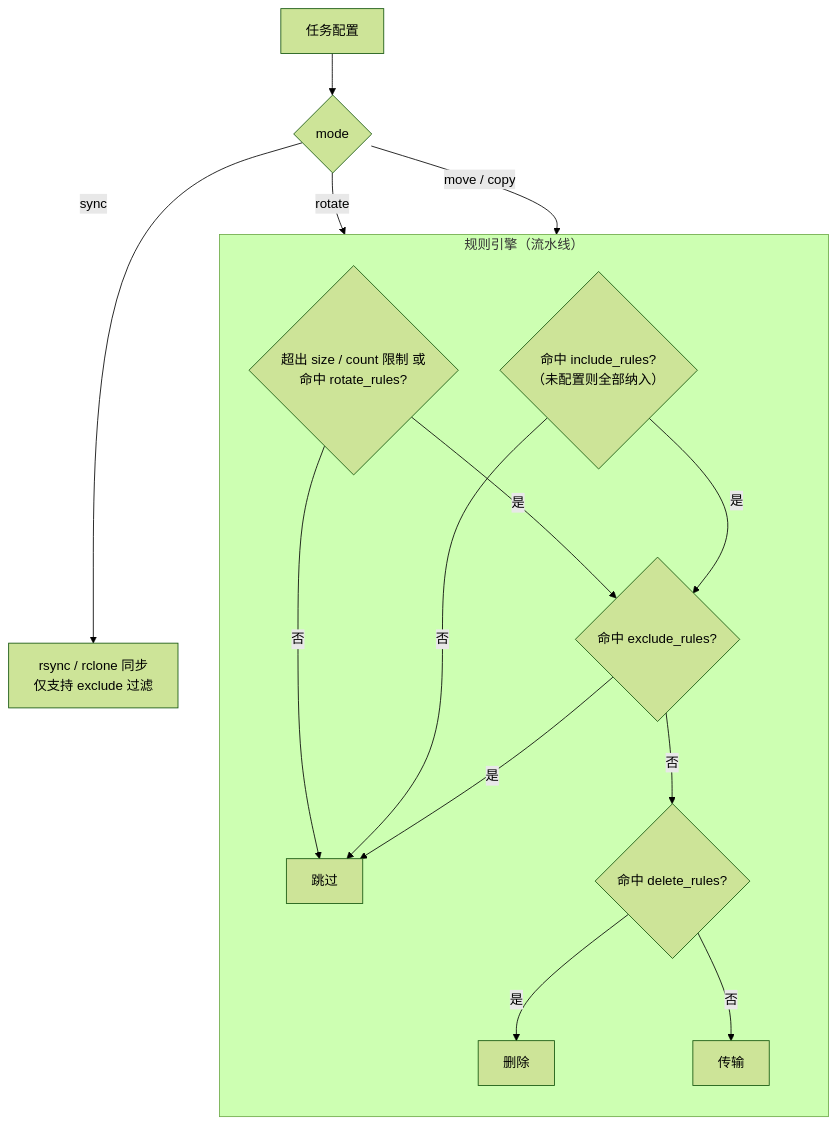
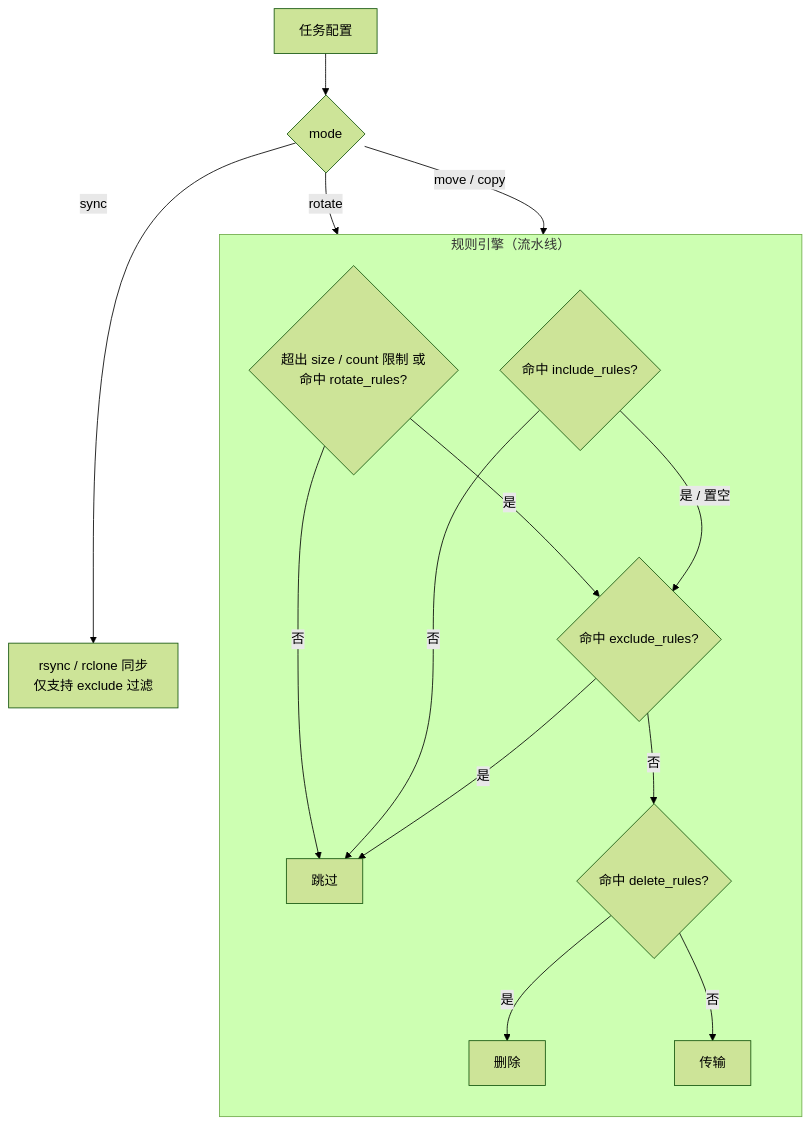
Before and after one commit to HexStan/SmartArchiver: the diagram in README.md, drawn with Mermaid (forest theme).

Commit message:
docs(readme): 更新工作流程图中的规则引擎节点逻辑

````diff
--- a/README.md
+++ b/README.md
@@ -264,22 +264,22 @@
 ```mermaid
 flowchart TD
     TASK["任务配置"] --> MODE{"mode"}
   
     MODE -->|"rotate"| ROTATE{"超出 size / count 限制 或<br>命中 rotate_rules?"}
-    MODE -->|"move / copy"| INCLUDE
+    MODE -->|"move / copy"| INCLUDE{"命中 include_rules?"}
     MODE -->|"sync"| SYNC["rsync / rclone 同步<br>仅支持 exclude 过滤"]
 
     subgraph ENGINE["规则引擎（流水线）"]
         direction TB
 
-        ROTATE -->|"是"| EXCLUDE
-        ROTATE -->|"否"| KEEP
+        ROTATE -->|"是"| EXCLUDE{"命中 exclude_rules?"}
+        ROTATE -->|"否"| KEEP["跳过"]
 
-        INCLUDE{"命中 include_rules?<br>（未配置则全部纳入）"} -->|"否"| KEEP
-        INCLUDE -->|"是"| EXCLUDE{"命中 exclude_rules?"}
-        EXCLUDE -->|"是"| KEEP["跳过"]
+        INCLUDE -->|"否"| KEEP
+        INCLUDE -->|"是 / 置空"| EXCLUDE
+        EXCLUDE -->|"是"| KEEP
         EXCLUDE -->|"否"| DEL{"命中 delete_rules?"}
         DEL -->|"是"| DELETE["删除"]
         DEL -->|"否"| TRANSFER["传输"]
     end
 ```
````
